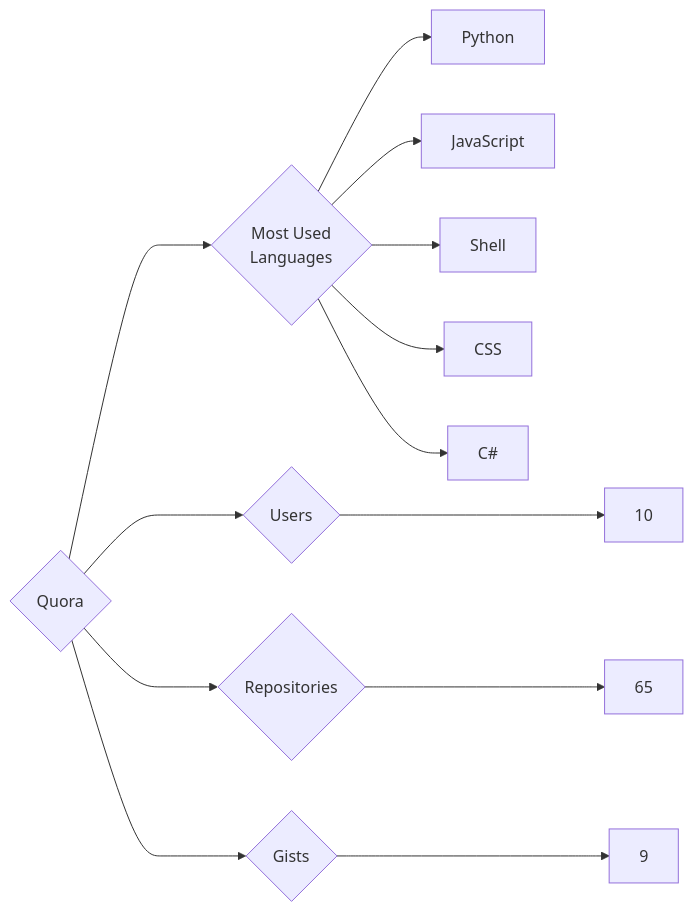
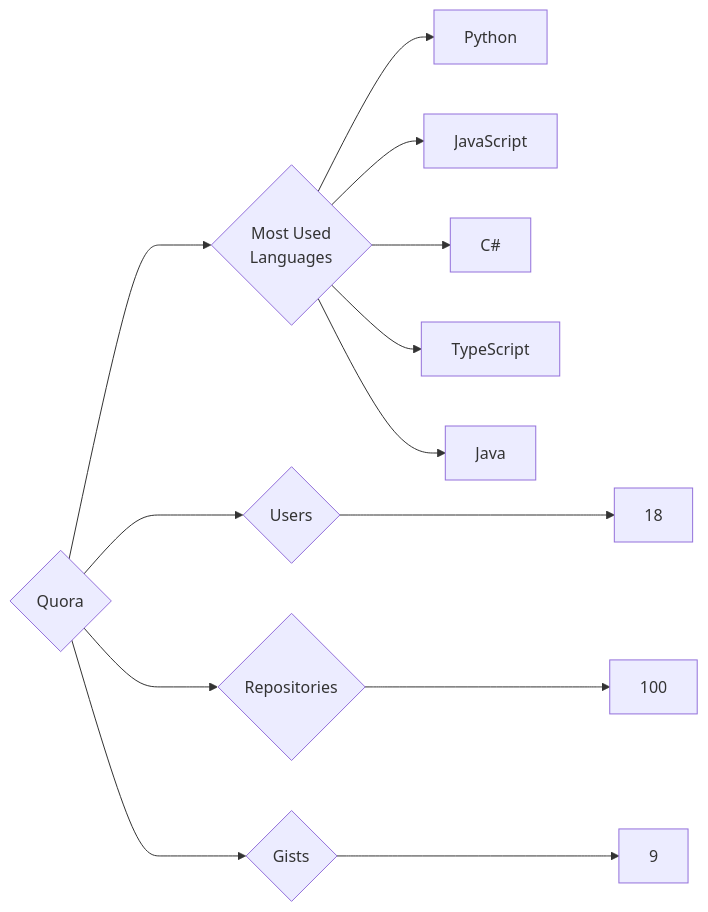
The diagram in targets/Quora/README.md (trickest/insiders), drawn with Mermaid before and after one commit. The commit also changed 912 other files, not shown here.

````diff
--- a/targets/Quora/README.md
+++ b/targets/Quora/README.md
@@ -3,13 +3,13 @@
 ```mermaid
 graph LR
 COMPANY_NAME{Quora}
-COMPANY_NAME ---> U{Users} ---> UN[10]
-COMPANY_NAME ---> R{Repositories} ---> RN[65]
+COMPANY_NAME ---> U{Users} ---> UN[18]
+COMPANY_NAME ---> R{Repositories} ---> RN[100]
 COMPANY_NAME ---> G{Gists} ---> GN[9]
 COMPANY_NAME ---> ML{Most Used<br>Languages}
 ML --> Python[Python]
 ML --> JavaScript[JavaScript]
-ML --> Shell[Shell]
-ML --> CSS[CSS]
 ML --> C#[C#]
+ML --> TypeScript[TypeScript]
+ML --> Java[Java]
 ```
````
